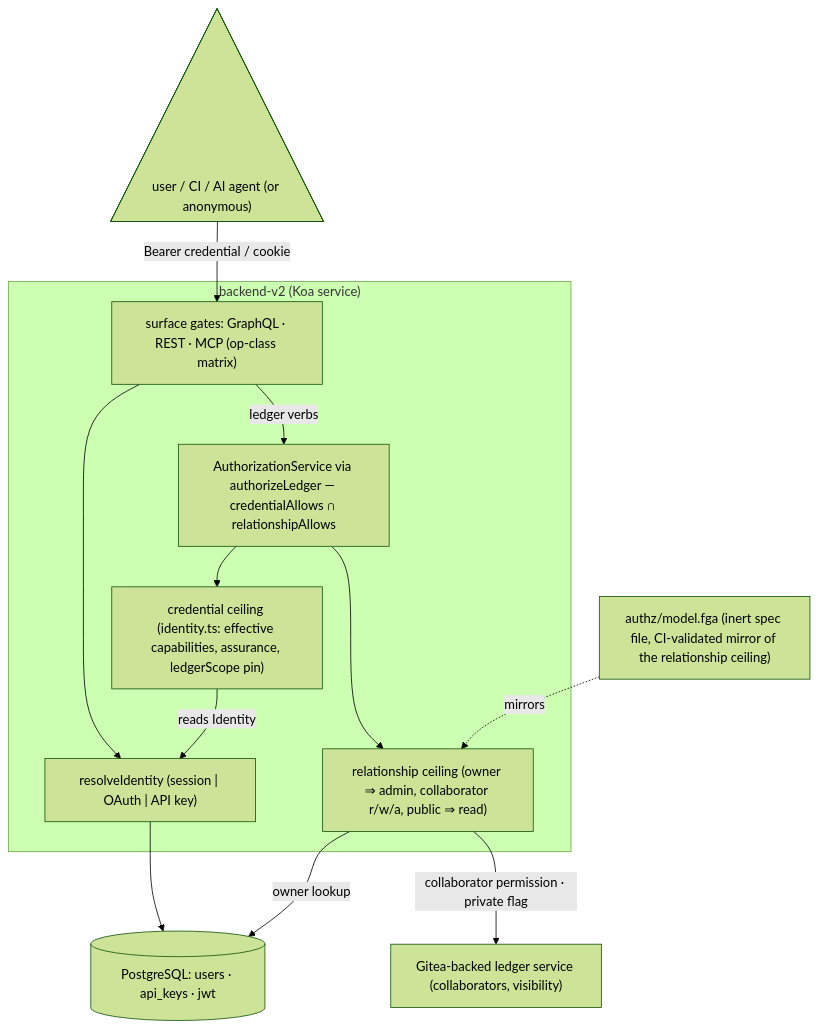
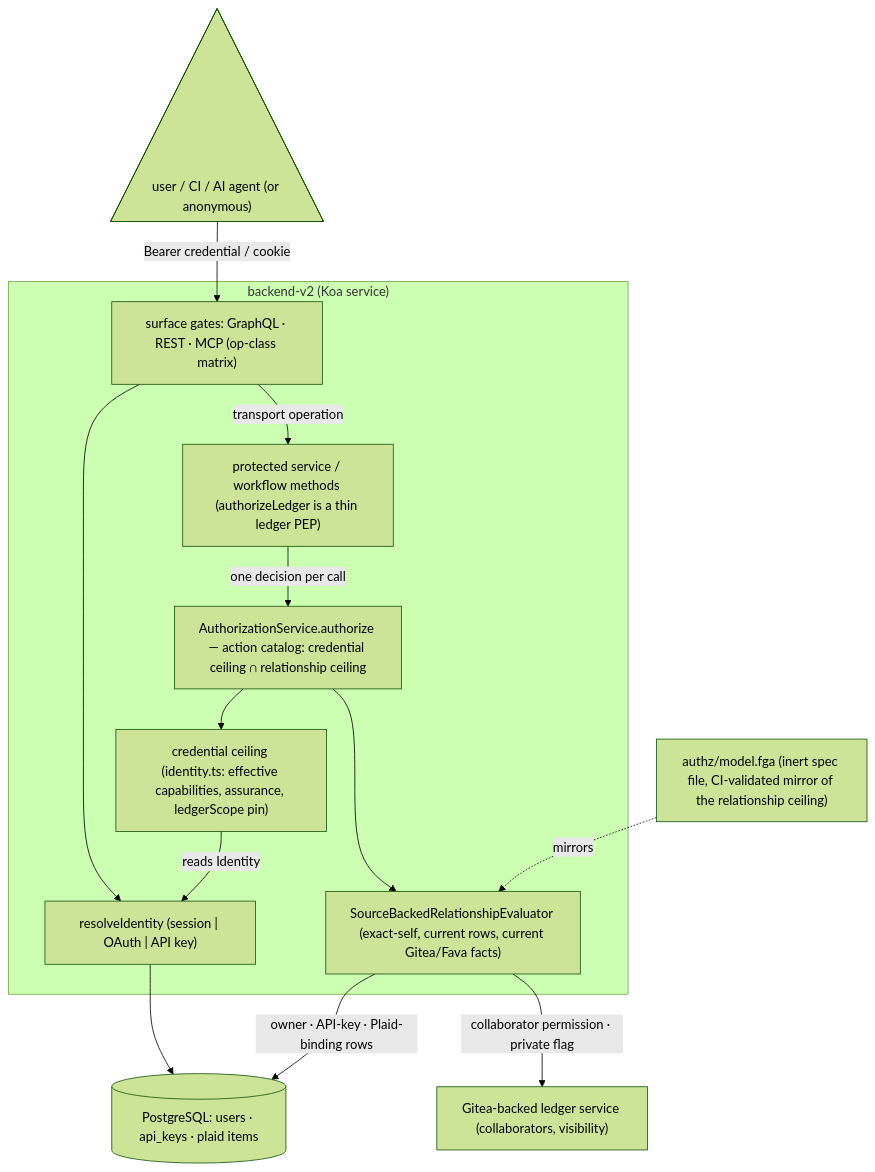
Before and after one commit to bex-co/beancount-io: the diagram in docs/adrs/ADR010-backend-v2-authz-model.md, drawn with Mermaid (forest theme). The commit also changed other lines of this file and 17 other files, not shown here.

````diff
--- a/docs/adrs/ADR010-backend-v2-authz-model.md
+++ b/docs/adrs/ADR010-backend-v2-authz-model.md
@@ -15,27 +15,29 @@
 ```mermaid
 flowchart TB
   caller@{ shape: tri, label: "user / CI / AI agent (or anonymous)" }
 
   subgraph bv2["backend-v2 (Koa service)"]
     gates["surface gates: GraphQL · REST · MCP (op-class matrix)"]
     resolve["resolveIdentity (session | OAuth | API key)"]
-    seam["AuthorizationService via authorizeLedger — credentialAllows ∩ relationshipAllows"]
+    svc["protected service / workflow methods (authorizeLedger is a thin ledger PEP)"]
+    pdp["AuthorizationService.authorize — action catalog: credential ceiling ∩ relationship ceiling"]
     cap["credential ceiling (identity.ts: effective capabilities, assurance, ledgerScope pin)"]
-    relc["relationship ceiling (owner ⇒ admin, collaborator r/w/a, public ⇒ read)"]
+    relc["SourceBackedRelationshipEvaluator (exact-self, current rows, current Gitea/Fava facts)"]
   end
 
   fga["authz/model.fga (inert spec file, CI-validated mirror of the relationship ceiling)"]
-  pg[("PostgreSQL: users · api_keys · jwt")]
+  pg[("PostgreSQL: users · api_keys · plaid items")]
   gitea["Gitea-backed ledger service (collaborators, visibility)"]
 
   caller -->|"Bearer credential / cookie"| gates
   gates --> resolve
-  gates -->|"ledger verbs"| seam
+  gates -->|"transport operation"| svc
+  svc -->|"one decision per call"| pdp
   resolve --> pg
-  seam --> cap
-  seam --> relc
+  pdp --> cap
+  pdp --> relc
   cap -->|"reads Identity"| resolve
-  relc -->|"owner lookup"| pg
+  relc -->|"owner · API-key · Plaid-binding rows"| pg
   relc -->|"collaborator permission · private flag"| gitea
   fga -.->|"mirrors"| relc
 ```
````
